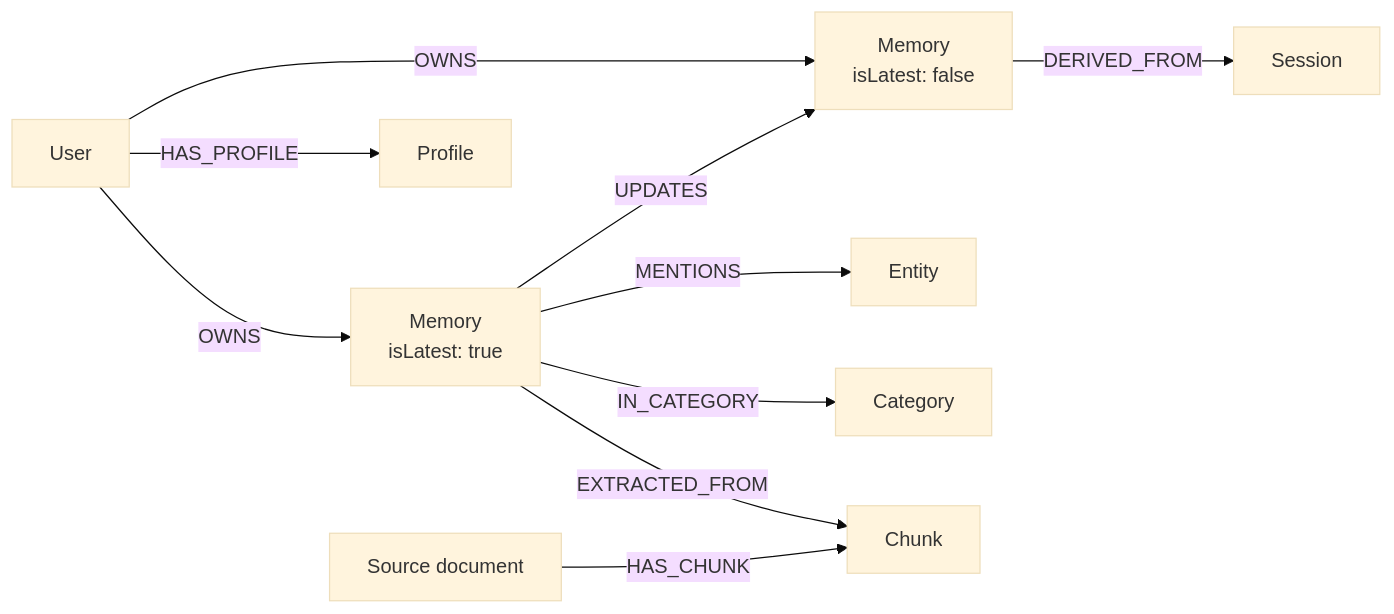
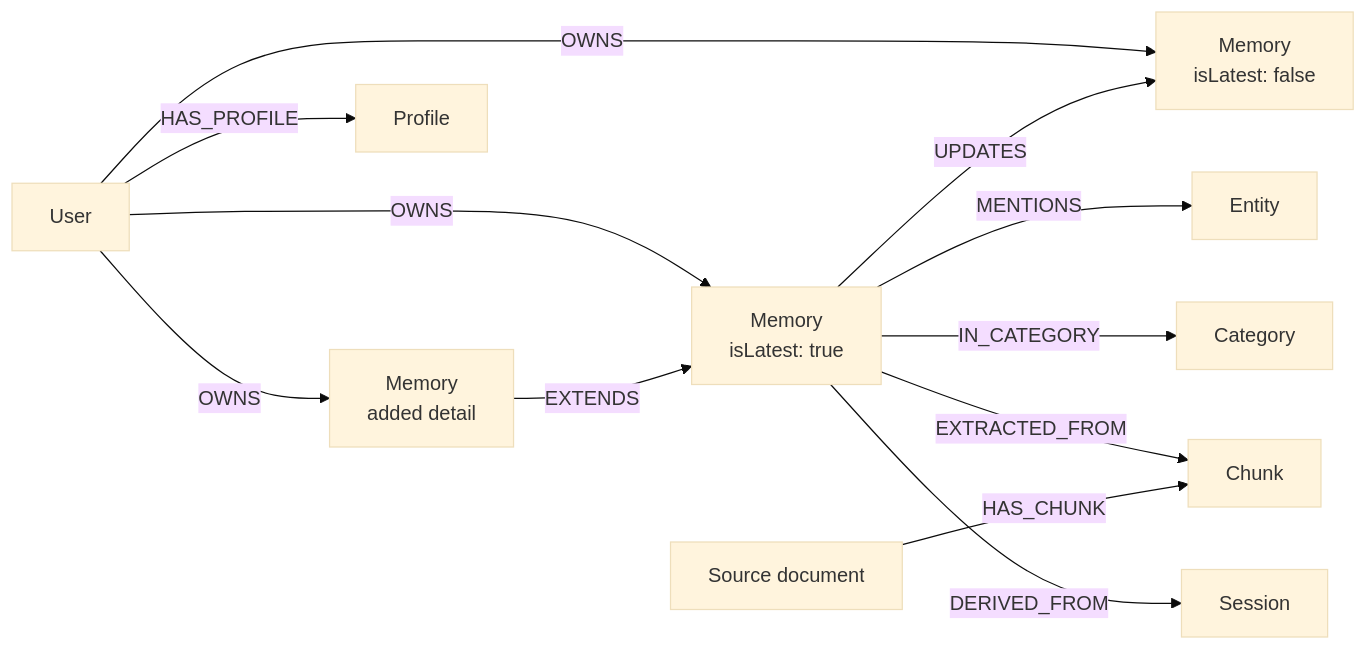
The first of 2 diagrams in docs/learn/ai-memory/long-term-memory-for-ai-agents.mdx (Mu-L/helix-db), drawn with Mermaid (base theme) before and after one commit. The commit also changed other lines of this file and 21 other files, not shown here.

````diff
--- a/docs/learn/ai-memory/long-term-memory-for-ai-agents.mdx
+++ b/docs/learn/ai-memory/long-term-memory-for-ai-agents.mdx
@@ -41,12 +50,14 @@
 ```mermaid
 flowchart LR
     user["User"] -->|OWNS| current["Memory<br/>isLatest: true"]
     user -->|OWNS| old["Memory<br/>isLatest: false"]
+    user -->|OWNS| detail["Memory<br/>added detail"]
     user -->|HAS_PROFILE| profile["Profile"]
     current -->|UPDATES| old
+    detail -->|EXTENDS| current
     current -->|MENTIONS| entity["Entity"]
     current -->|IN_CATEGORY| category["Category"]
     current -->|EXTRACTED_FROM| chunk["Chunk"]
+    current -->|DERIVED_FROM| session["Session"]
     doc["Source document"] -->|HAS_CHUNK| chunk
-    old -->|DERIVED_FROM| session["Session"]
 ```
````
